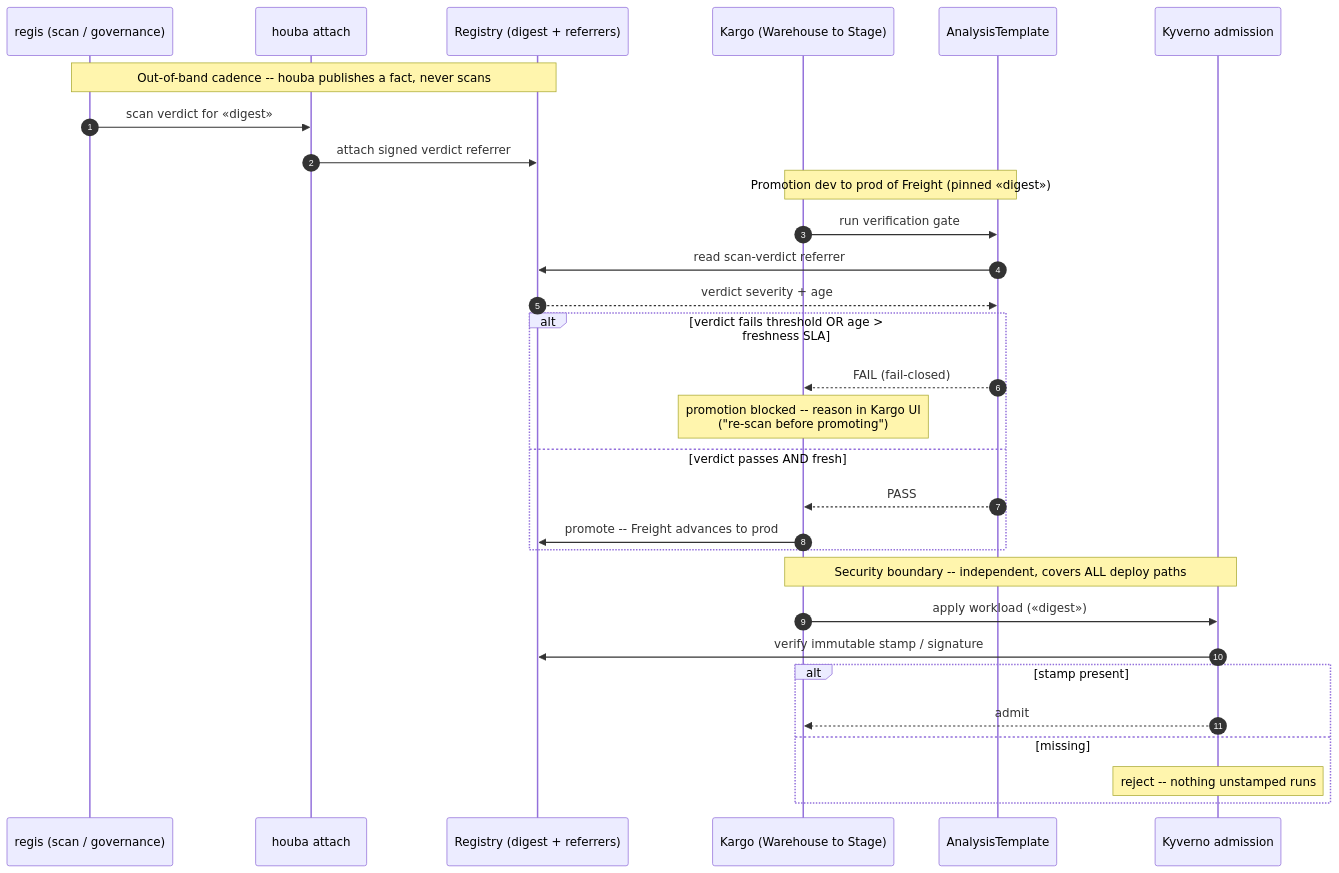
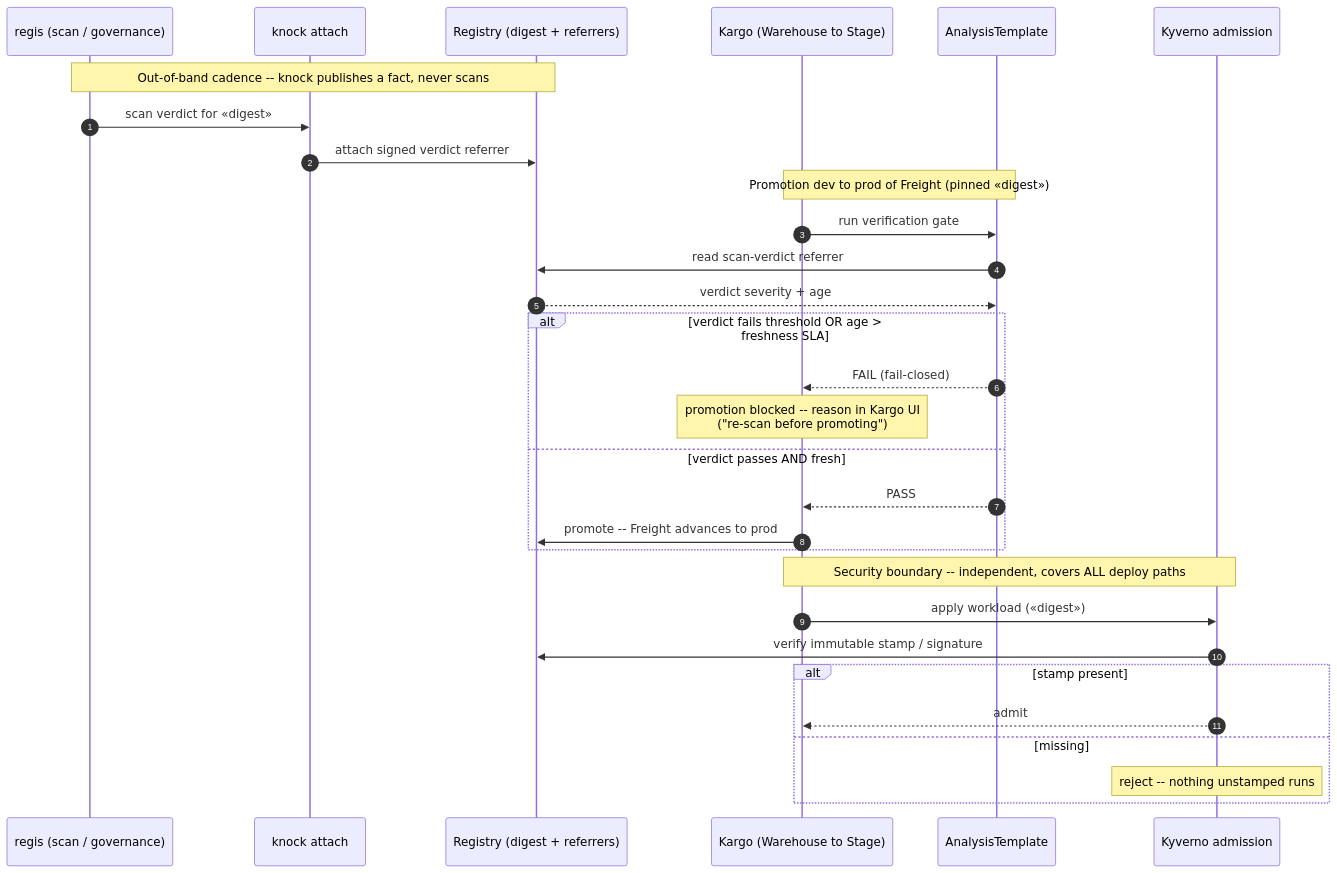
One commit to trivoallan/knock changed the first of 2 diagrams in docs/superpowers/specs/2026-06-23-kargo-promotion-gate-design.md. Above: the diagram before and after it, drawn with Mermaid. The commit also changed other lines of this file and 484 other files, not shown here.

First line of the commit message:
refactor!: rename houba → knock (knock-oci on PyPI; KNOCK_/io.knock contracts) (#193)

````diff
--- a/docs/superpowers/specs/2026-06-23-kargo-promotion-gate-design.md
+++ b/docs/superpowers/specs/2026-06-23-kargo-promotion-gate-design.md
@@ -113,36 +113,36 @@
 ```mermaid
 sequenceDiagram
     autonumber
     participant Reg as regis (scan / governance)
-    participant H as houba attach
+    participant H as knock attach
     participant OCI as Registry (digest + referrers)
     participant K as Kargo (Warehouse to Stage)
     participant AT as AnalysisTemplate
     participant KV as Kyverno admission
 
-    Note over Reg,OCI: Out-of-band cadence -- houba publishes a fact, never scans
+    Note over Reg,OCI: Out-of-band cadence -- knock publishes a fact, never scans
     Reg->>H: scan verdict for «digest»
     H->>OCI: attach signed verdict referrer
 
     Note over K,AT: Promotion dev to prod of Freight (pinned «digest»)
     K->>AT: run verification gate
     AT->>OCI: read scan-verdict referrer
     OCI-->>AT: verdict severity + age
 
     alt verdict fails threshold OR age > freshness SLA
         AT-->>K: FAIL (fail-closed)
         Note over K: promotion blocked -- reason in Kargo UI<br/>("re-scan before promoting")
     else verdict passes AND fresh
         AT-->>K: PASS
         K->>OCI: promote -- Freight advances to prod
     end
 
     Note over K,KV: Security boundary -- independent, covers ALL deploy paths
     K->>KV: apply workload («digest»)
     KV->>OCI: verify immutable stamp / signature
     alt stamp present
         KV-->>K: admit
     else missing
         Note over KV: reject -- nothing unstamped runs
     end
 ```
````
